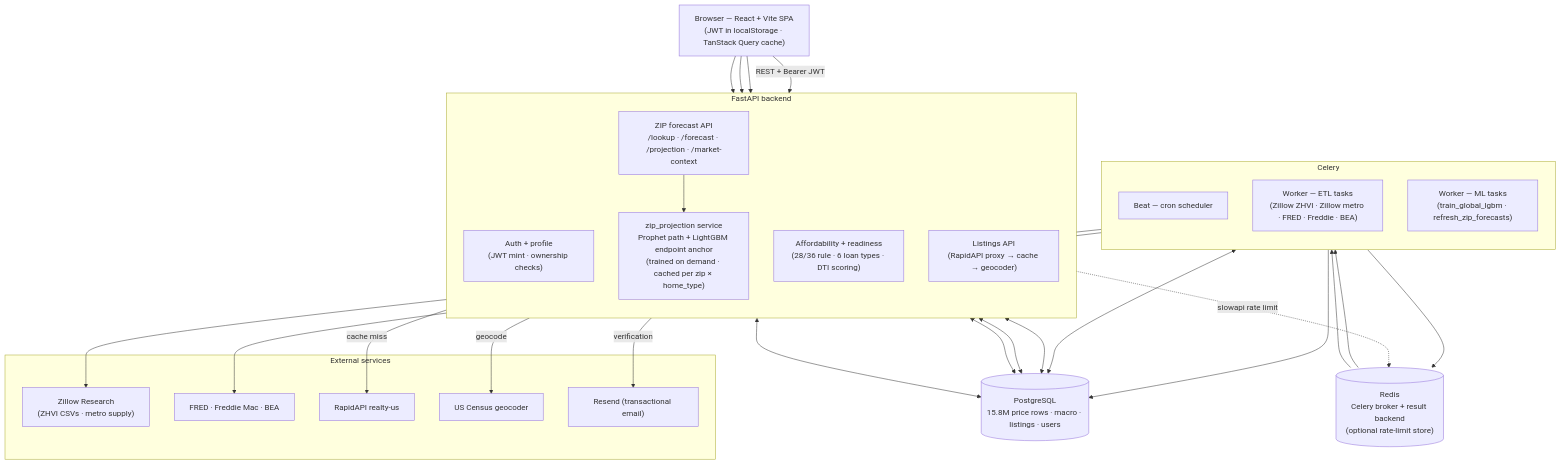
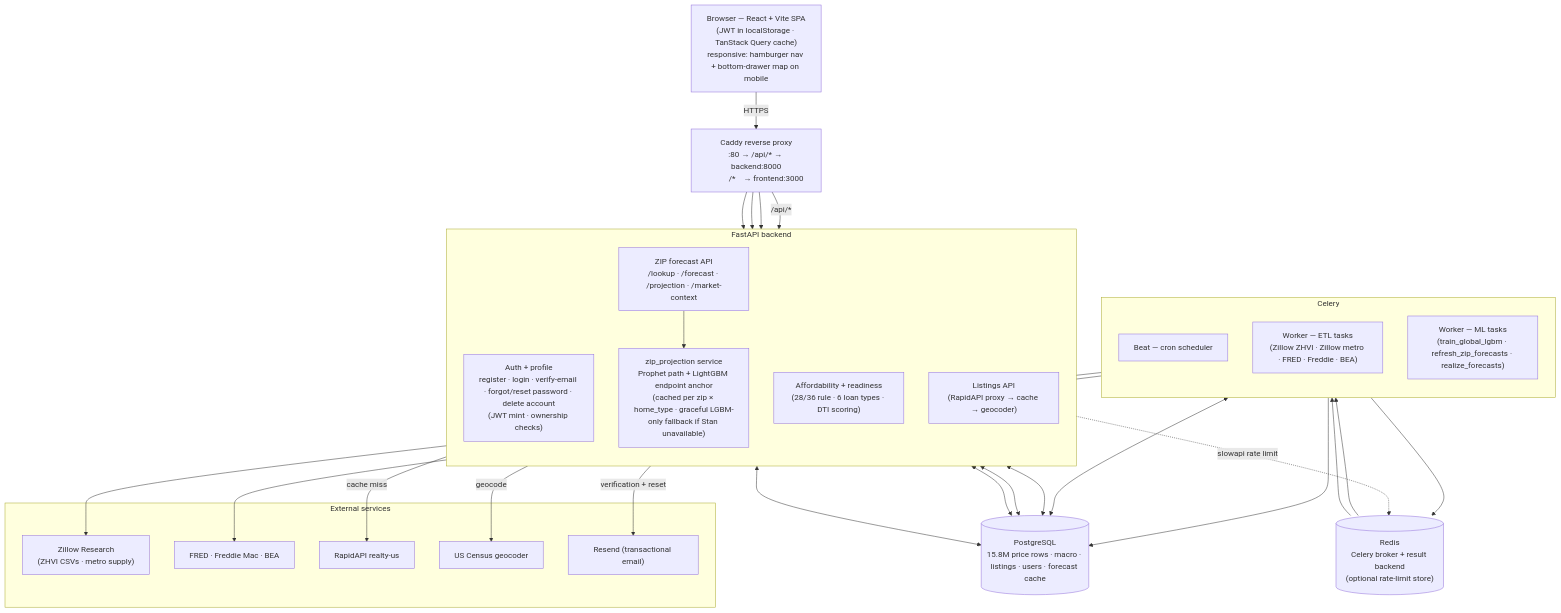
One commit to rahul-sg/Touse changed the diagram in README.md. Above: the diagram before and after it, drawn with Mermaid. The commit also changed other lines of this file and 1 other file, not shown here.

````diff
--- a/README.md
+++ b/README.md
@@ -25,54 +25,56 @@
 ```mermaid
 flowchart TB
-    UI["Browser — React + Vite SPA<br/>(JWT in localStorage · TanStack Query cache)"]
+    UI["Browser — React + Vite SPA<br/>(JWT in localStorage · TanStack Query cache)<br/>responsive: hamburger nav + bottom-drawer map on mobile"]
+    CADDY["Caddy reverse proxy<br/>:80 → /api/* → backend:8000<br/>          /*    → frontend:3000"]
 
     subgraph api[FastAPI backend]
         direction TB
-        AUTH["Auth + profile<br/>(JWT mint · ownership checks)"]
+        AUTH["Auth + profile<br/>register · login · verify-email · forgot/reset password · delete account<br/>(JWT mint · ownership checks)"]
         AFFORD["Affordability + readiness<br/>(28/36 rule · 6 loan types · DTI scoring)"]
         FORECAST["ZIP forecast API<br/>/lookup · /forecast · /projection · /market-context"]
         LISTINGS["Listings API<br/>(RapidAPI proxy → cache → geocoder)"]
-        PROJ["zip_projection service<br/>Prophet path + LightGBM endpoint anchor<br/>(trained on demand · cached per zip × home_type)"]
+        PROJ["zip_projection service<br/>Prophet path + LightGBM endpoint anchor<br/>(cached per zip × home_type · graceful LGBM-only fallback if Stan unavailable)"]
     end
 
     subgraph jobs[Celery]
         direction TB
         BEAT["Beat — cron scheduler"]
         ETLW["Worker — ETL tasks<br/>(Zillow ZHVI · Zillow metro · FRED · Freddie · BEA)"]
-        MLW["Worker — ML tasks<br/>(train_global_lgbm · refresh_zip_forecasts)"]
+        MLW["Worker — ML tasks<br/>(train_global_lgbm · refresh_zip_forecasts · realize_forecasts)"]
     end
 
-    DB[("PostgreSQL<br/>15.8M price rows · macro · listings · users")]
+    DB[("PostgreSQL<br/>15.8M price rows · macro · listings · users · forecast cache")]
     REDIS[("Redis<br/>Celery broker + result backend<br/>(optional rate-limit store)")]
 
     subgraph ext[External services]
         ZILLOW["Zillow Research<br/>(ZHVI CSVs · metro supply)"]
         FRED["FRED · Freddie Mac · BEA"]
         RAPID["RapidAPI realty-us"]
         CENSUS["US Census geocoder"]
         RESEND["Resend (transactional email)"]
     end
 
-    UI -->|"REST + Bearer JWT"| AUTH
-    UI --> AFFORD
-    UI --> FORECAST
-    UI --> LISTINGS
+    UI -->|HTTPS| CADDY
+    CADDY -->|/api/*| AUTH
+    CADDY --> AFFORD
+    CADDY --> FORECAST
+    CADDY --> LISTINGS
 
     AUTH <--> DB
     AFFORD <--> DB
     FORECAST --> PROJ
     PROJ <--> DB
     LISTINGS <--> DB
     LISTINGS -->|cache miss| RAPID
     LISTINGS -->|geocode| CENSUS
-    AUTH -->|verification| RESEND
+    AUTH -->|verification + reset| RESEND
     api -. slowapi rate limit .-> REDIS
 
     BEAT --> REDIS
     REDIS --> ETLW
     REDIS --> MLW
     ETLW --> ZILLOW
     ETLW --> FRED
     ETLW --> DB
     MLW <--> DB
 ```
````
